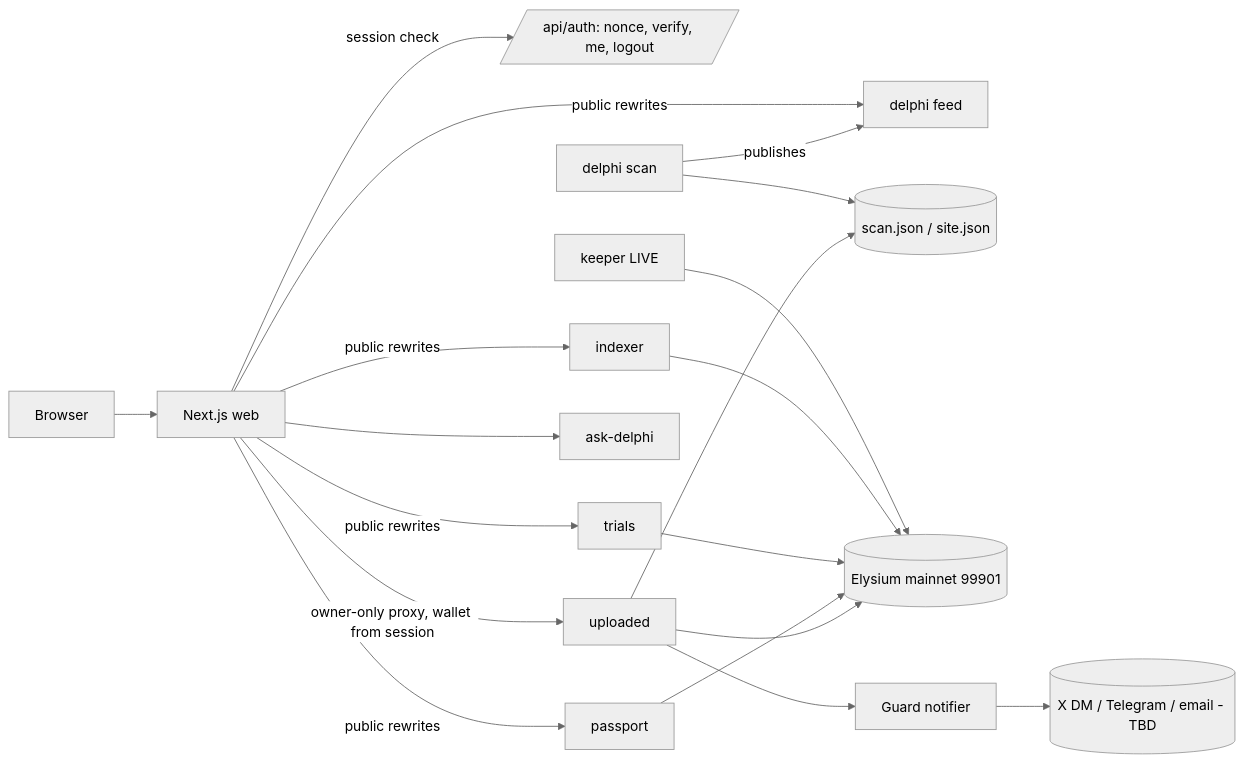
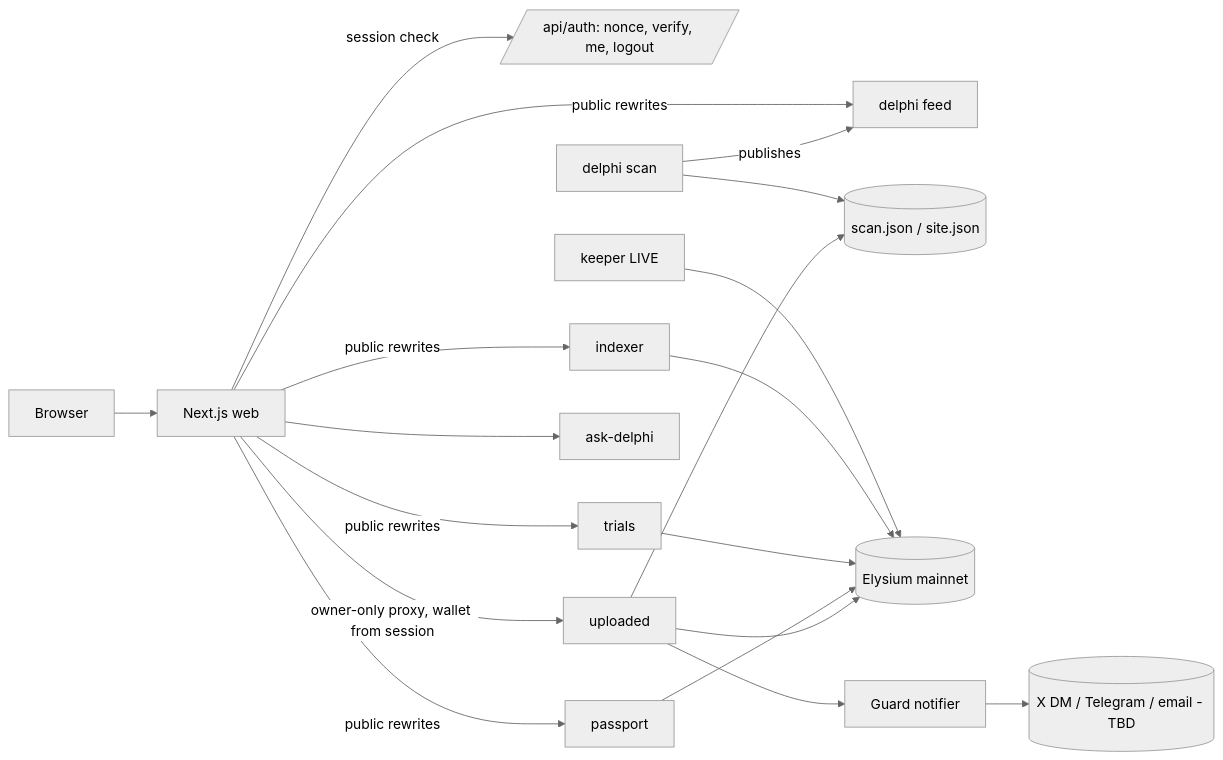
One commit to daraijaola/pantheon changed the third of 5 diagrams in ARCHITECTURE.md. Above: the diagram before and after it, drawn with Mermaid (neutral theme). The commit also changed other lines of this file, not shown here.

Commit message:
ARCHITECTURE.md: mark external facts, fix test count

````diff
--- a/ARCHITECTURE.md
+++ b/ARCHITECTURE.md
@@ -177,15 +177,15 @@
 ```mermaid
 flowchart LR
   B[Browser] --> N[Next.js web]
   N -->|session check| AUTH[/api/auth: nonce, verify, me, logout/]
   N -->|public rewrites| IDX[indexer] & TRI[trials] & PAS[passport] & FEED[delphi feed]
   N -->|owner-only proxy, wallet from session| UPL[uploaded]
   N --> AI[ask-delphi]
   DS[delphi scan] -->|publishes| FEED
   DS --> FILE[(scan.json / site.json)]
   UPL --> FILE
-  KEEP[keeper LIVE] --> CHAIN[(Elysium mainnet 99901)]
+  KEEP[keeper LIVE] --> CHAIN[(Elysium mainnet)]
   IDX & TRI & PAS & UPL --> CHAIN
   GUARD[Guard notifier] --> X[(X DM / Telegram / email - TBD)]
   UPL --> GUARD
 ```
````
